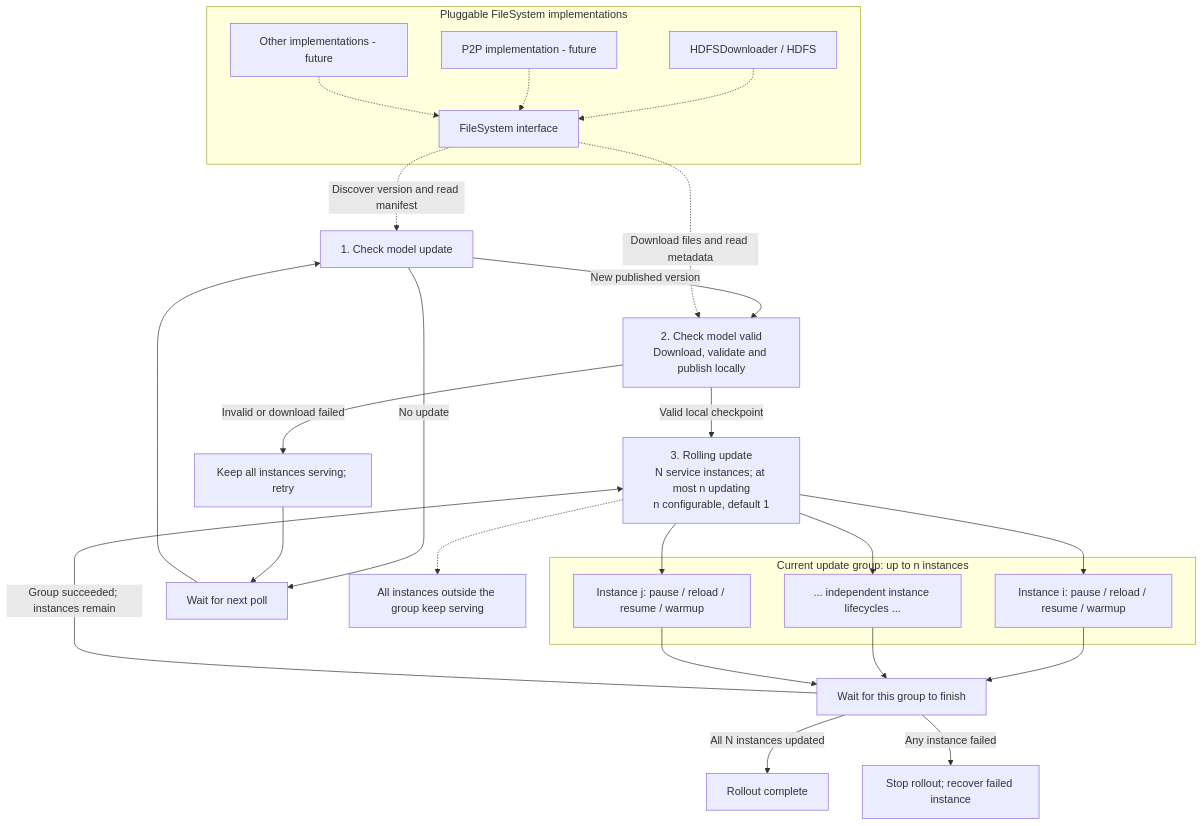
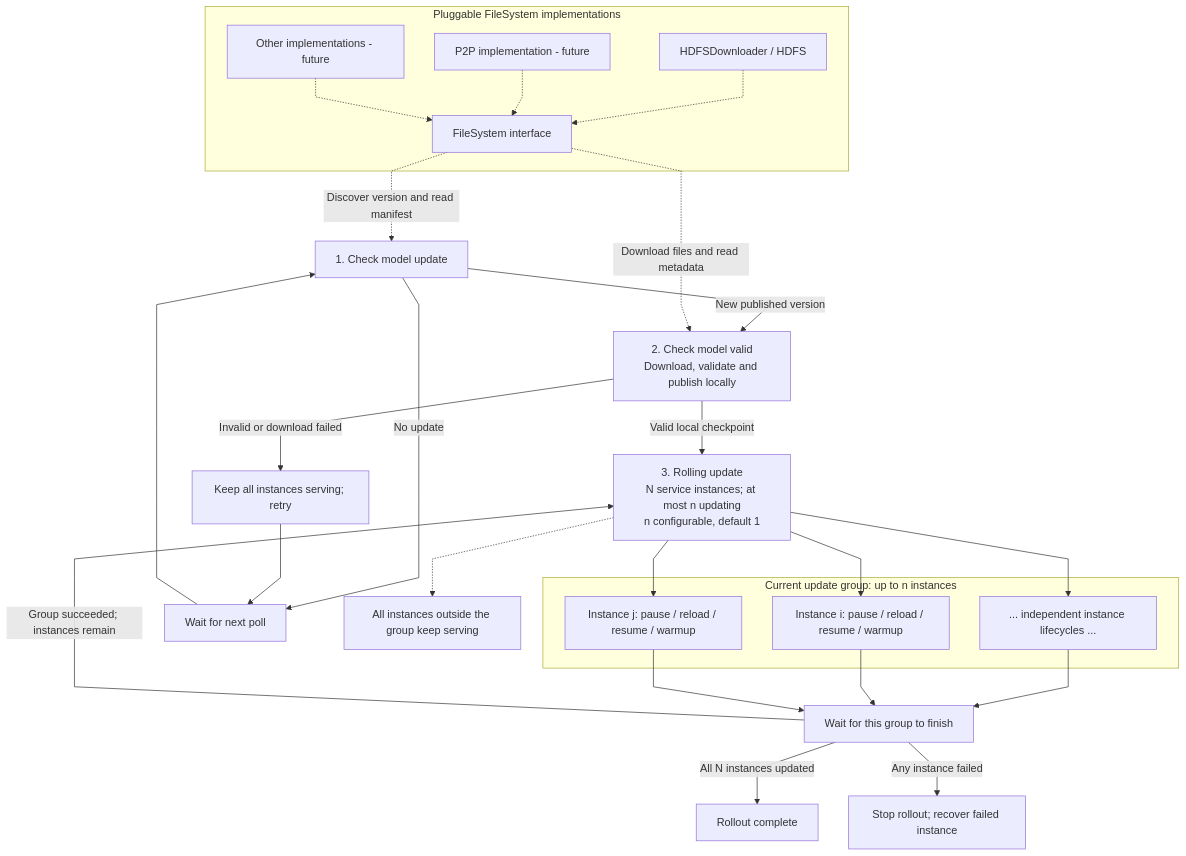
The first of 2 diagrams in docs/weight_update_sidecar_design.md (JerryTcl/vllm-gr), drawn with Mermaid before and after one commit. The commit also changed other lines of this file, not shown here.

Commit message:
docs: align weight update flow diagrams vertically

````diff
--- a/docs/weight_update_sidecar_design.md
+++ b/docs/weight_update_sidecar_design.md
@@ -19,34 +19,46 @@
 ```mermaid
+%%{init: {"flowchart": {"curve": "linear", "nodeSpacing": 45, "rankSpacing": 55}}}%%
 flowchart TD
-    UPDATE["1. Check model update"] -->|New published version| VALID["2. Check model valid<br/>Download, validate and publish locally"]
-    UPDATE -->|No update| POLL["Wait for next poll"]
-    POLL --> UPDATE
-    VALID -->|Invalid or download failed| RETRY["Keep all instances serving; retry"]
-    RETRY --> POLL
-    VALID -->|Valid local checkpoint| ROLL["3. Rolling update<br/>N service instances; at most n updating<br/>n configurable, default 1"]
+    %% Declare the central success path first to keep it visually prominent.
+    UPDATE["1. Check model update"]
+    VALID["2. Check model valid<br/>Download, validate and publish locally"]
+    ROLL["3. Rolling update<br/>N service instances; at most n updating<br/>n configurable, default 1"]
 
+    subgraph ACTIVE["Current update group: up to n instances"]
+        I1["Instance i: pause / reload / resume / warmup"]
+        MORE["... independent instance lifecycles ..."]
+        IN["Instance j: pause / reload / resume / warmup"]
+    end
+    JOIN["Wait for this group to finish"]
+    DONE["Rollout complete"]
+
+    UPDATE -->|New published version| VALID
+    VALID -->|Valid local checkpoint| ROLL
+    ROLL --> MORE
+    MORE --> JOIN
+    JOIN -->|All N instances updated| DONE
+
+    %% Parallel members keep the same lifecycle and join semantics.
+    ROLL --> I1
+    I1 --> JOIN
+    ROLL --> IN
+    IN --> JOIN
+
+    %% Storage and exceptional paths are declared after the main column.
     subgraph STORAGE["Pluggable FileSystem implementations"]
         FS["FileSystem interface"]
         HDFS["HDFSDownloader / HDFS"] -.-> FS
         P2P["P2P implementation - future"] -.-> FS
         OTHER["Other implementations - future"] -.-> FS
     end
     FS -.->|Discover version and read manifest| UPDATE
     FS -.->|Download files and read metadata| VALID
 
-    subgraph ACTIVE["Current update group: up to n instances"]
-        I1["Instance i: pause / reload / resume / warmup"]
-        MORE["... independent instance lifecycles ..."]
-        IN["Instance j: pause / reload / resume / warmup"]
-    end
-    ROLL --> I1
-    ROLL --> MORE
-    ROLL --> IN
+    UPDATE -->|No update| POLL["Wait for next poll"]
+    POLL --> UPDATE
+    VALID -->|Invalid or download failed| RETRY["Keep all instances serving; retry"]
+    RETRY --> POLL
     ROLL -.-> SERVING["All instances outside the group keep serving"]
-    I1 --> JOIN["Wait for this group to finish"]
-    MORE --> JOIN
-    IN --> JOIN
     JOIN -->|Group succeeded; instances remain| ROLL
-    JOIN -->|All N instances updated| DONE["Rollout complete"]
     JOIN -->|Any instance failed| STOP["Stop rollout; recover failed instance"]
 ```
````
